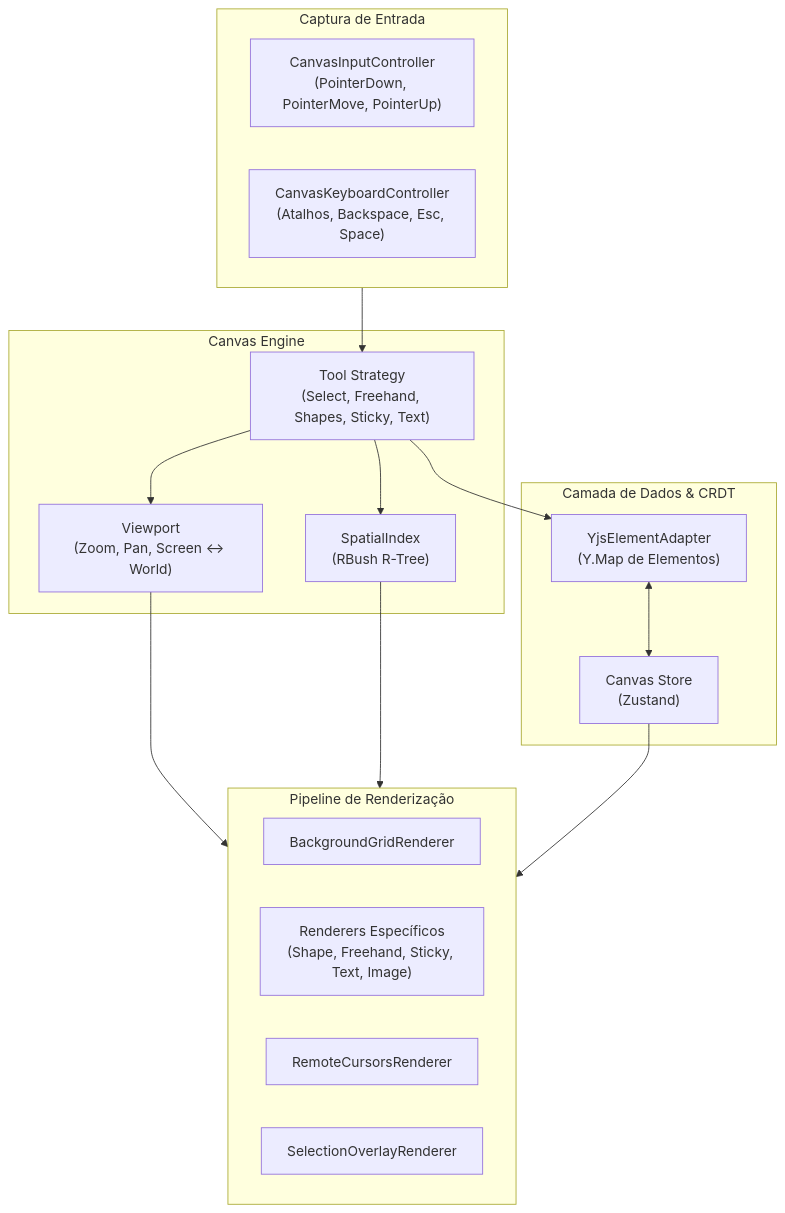
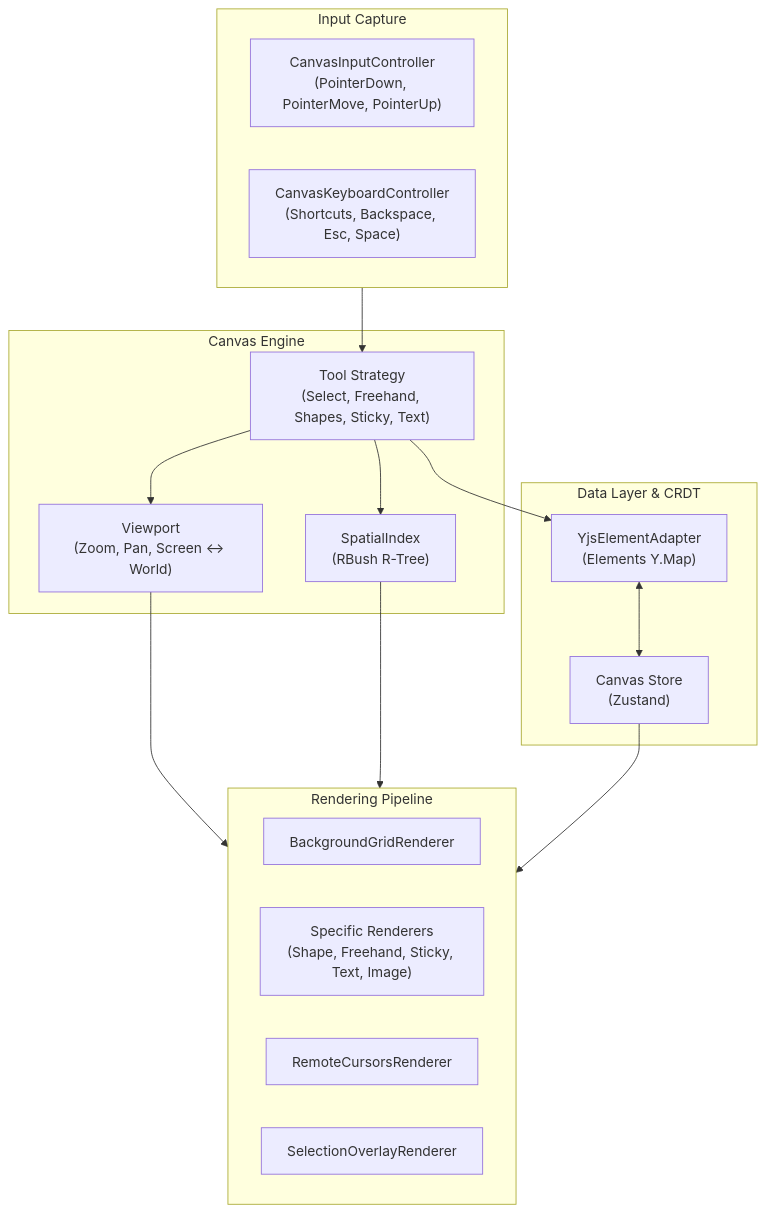
Before and after one commit to GabrielFeijo/whiteboard-frontend: the diagram in README.md, drawn with Mermaid. The commit also changed other lines of this file and 2 other files, not shown here.

````diff
--- a/README.md
+++ b/README.md
@@ -32,34 +32,34 @@
 ```mermaid
 flowchart TD
-  subgraph Input["Captura de Entrada"]
+  subgraph Input["Input Capture"]
     PointerEvents["CanvasInputController<br/>(PointerDown, PointerMove, PointerUp)"]
-    KeyboardEvents["CanvasKeyboardController<br/>(Atalhos, Backspace, Esc, Space)"]
+    KeyboardEvents["CanvasKeyboardController<br/>(Shortcuts, Backspace, Esc, Space)"]
   end
 
   subgraph Engine["Canvas Engine"]
     Viewport["Viewport<br/>(Zoom, Pan, Screen <-> World)"]
     ToolManager["Tool Strategy<br/>(Select, Freehand, Shapes, Sticky, Text)"]
     SpatialIndex["SpatialIndex<br/>(RBush R-Tree)"]
   end
 
-  subgraph State["Camada de Dados & CRDT"]
+  subgraph State["Data Layer & CRDT"]
     ZustandStore["Canvas Store<br/>(Zustand)"]
-    YjsAdapter["YjsElementAdapter<br/>(Y.Map de Elementos)"]
+    YjsAdapter["YjsElementAdapter<br/>(Elements Y.Map)"]
   end
 
-  subgraph Output["Pipeline de Renderização"]
+  subgraph Output["Rendering Pipeline"]
     GridRenderer["BackgroundGridRenderer"]
-    ElementRenderers["Renderers Específicos<br/>(Shape, Freehand, Sticky, Text, Image)"]
+    ElementRenderers["Specific Renderers<br/>(Shape, Freehand, Sticky, Text, Image)"]
     CursorRenderer["RemoteCursorsRenderer"]
     OverlayRenderer["SelectionOverlayRenderer"]
   end
 
   Input --> ToolManager
   ToolManager --> Viewport
   ToolManager --> SpatialIndex
   ToolManager --> YjsAdapter
   YjsAdapter <--> ZustandStore
   Viewport --> Output
   SpatialIndex --> Output
   ZustandStore --> Output
 ```
````
